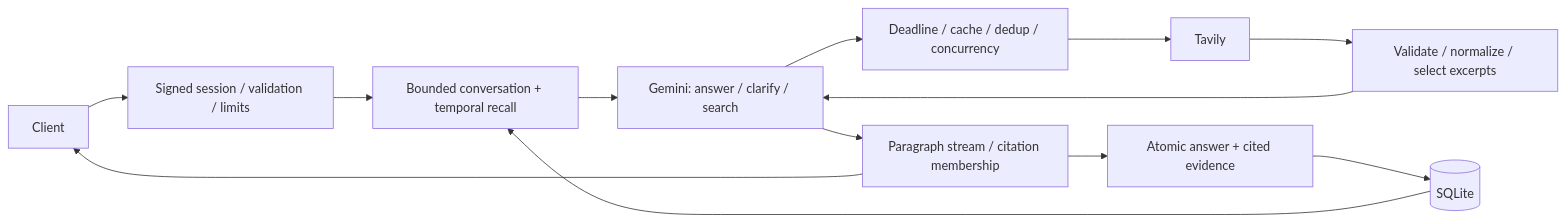
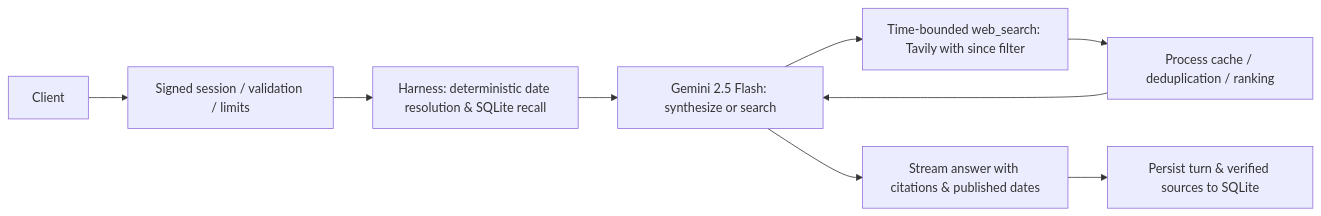
Before and after one commit to Harsh-karn/web-search-chat-agent: the diagram in DESIGN.md, drawn with Mermaid. The commit also changed other lines of this file and 1 other file, not shown here.

Commit message:
docs: finalize DESIGN.md with 1-page challenge structure, decisions, and verified eval metrics

````diff
--- a/DESIGN.md
+++ b/DESIGN.md
@@ -12,15 +16,11 @@
 ```mermaid
 flowchart LR
  Client --> Boundary[Signed session / validation / limits]
- Boundary --> Context[Bounded conversation + temporal recall]
- DB[(SQLite)] --> Context
- Context --> Model[Gemini: answer / clarify / search]
- Model --> Search[Deadline / cache / dedup / concurrency]
- Search --> Tavily
- Tavily --> Evidence[Validate / normalize / select excerpts]
- Evidence --> Model
- Model --> Stream[Paragraph stream / citation membership]
- Stream --> Client
- Stream --> Persist[Atomic answer + cited evidence]
- Persist --> DB
+ Boundary --> Temporal[Harness: deterministic date resolution & SQLite recall]
+ Temporal --> Model[Gemini 2.5 Flash: synthesize or search]
+ Model --> Search[Time-bounded web_search: Tavily with since filter]
+ Search --> Cache[Process cache / deduplication / ranking]
+ Cache --> Model
+ Model --> Stream[Stream answer with citations & published dates]
+ Stream --> Persist[Persist turn & verified sources to SQLite]
 ```
````
